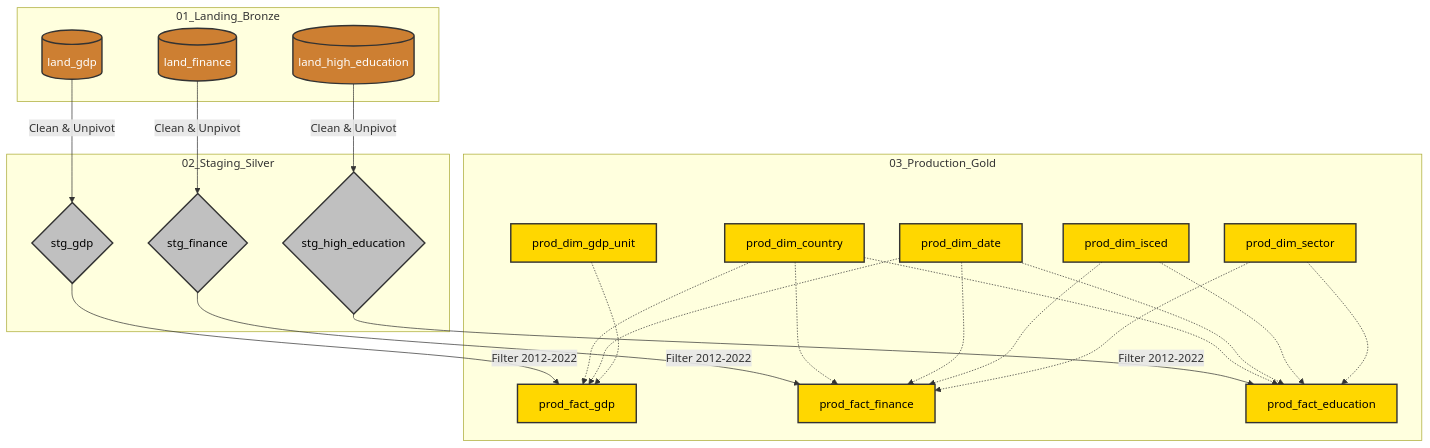
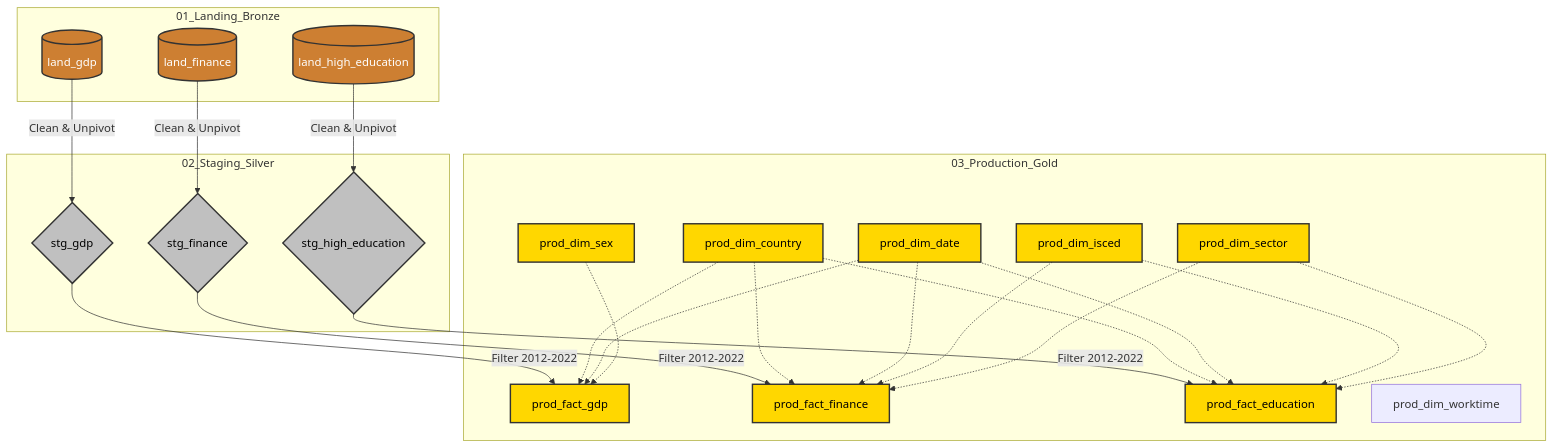
Before and after one commit to imre-kuklase/eurostat-education-economic-analysis: the first of 2 diagrams in README.md, drawn with Mermaid.

````diff
--- a/README.md
+++ b/README.md
@@ -37,52 +37,53 @@
 ```mermaid
 graph TD
     %% Defineerime stiilid
     classDef bronze fill:#cd7f32,stroke:#333,stroke-width:2px,color:#fff;
     classDef silver fill:#c0c0c0,stroke:#333,stroke-width:2px,color:#000;
     classDef gold fill:#ffd700,stroke:#333,stroke-width:2px,color:#000;
 
     subgraph 01_Landing_Bronze
         L1[(land_gdp)]
         L2[(land_finance)]
         L3[(land_high_education)]
     end
 
     subgraph 02_Staging_Silver
         S1{stg_gdp}
         S2{stg_finance}
         S3{stg_high_education}
     end
 
     subgraph 03_Production_Gold
         F1[prod_fact_gdp]
         F2[prod_fact_finance]
         F3[prod_fact_education]
         
         D1[prod_dim_country]
         D2[prod_dim_date]
         D3[prod_dim_isced]
         D4[prod_dim_sector]
-        D5[prod_dim_gdp_unit]
+        D5[prod_dim_sex]
+        D6[prod_dim_worktime]
     end
 
     %% Andmevoog (Lineage)
     L1 -->|Clean & Unpivot| S1
     L2 -->|Clean & Unpivot| S2
     L3 -->|Clean & Unpivot| S3
 
     S1 -->|Filter 2012-2022| F1
     S2 -->|Filter 2012-2022| F2
     S3 -->|Filter 2012-2022| F3
 
     %% Seosed dimensioonidega
     D1 -.-> F1 & F2 & F3
     D2 -.-> F1 & F2 & F3
     D3 -.-> F2 & F3
     D4 -.-> F2 & F3
     D5 -.-> F1
 
     %% Klasside määramine stiili jaoks
     class L1,L2,L3 bronze;
     class S1,S2,S3 silver;
     class F1,F2,F3,D1,D2,D3,D4,D5 gold;
 ```
````
